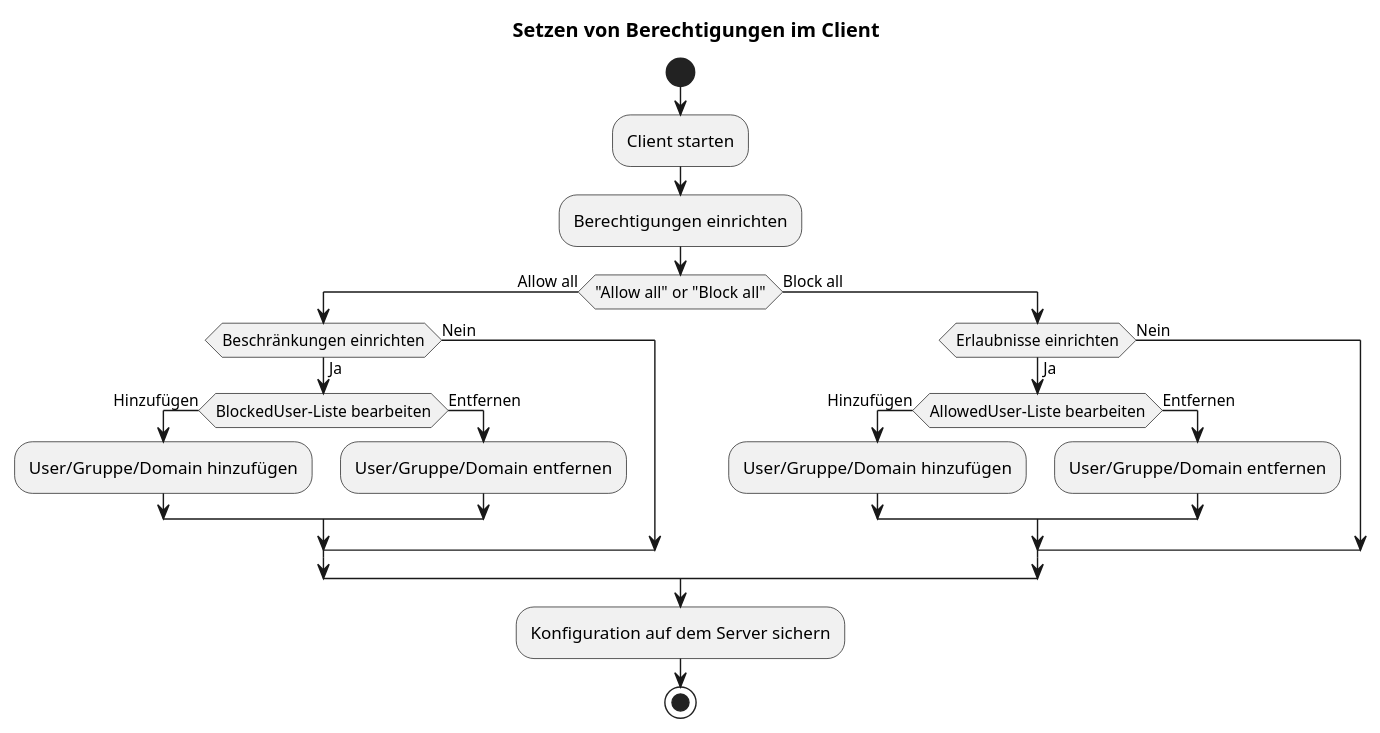
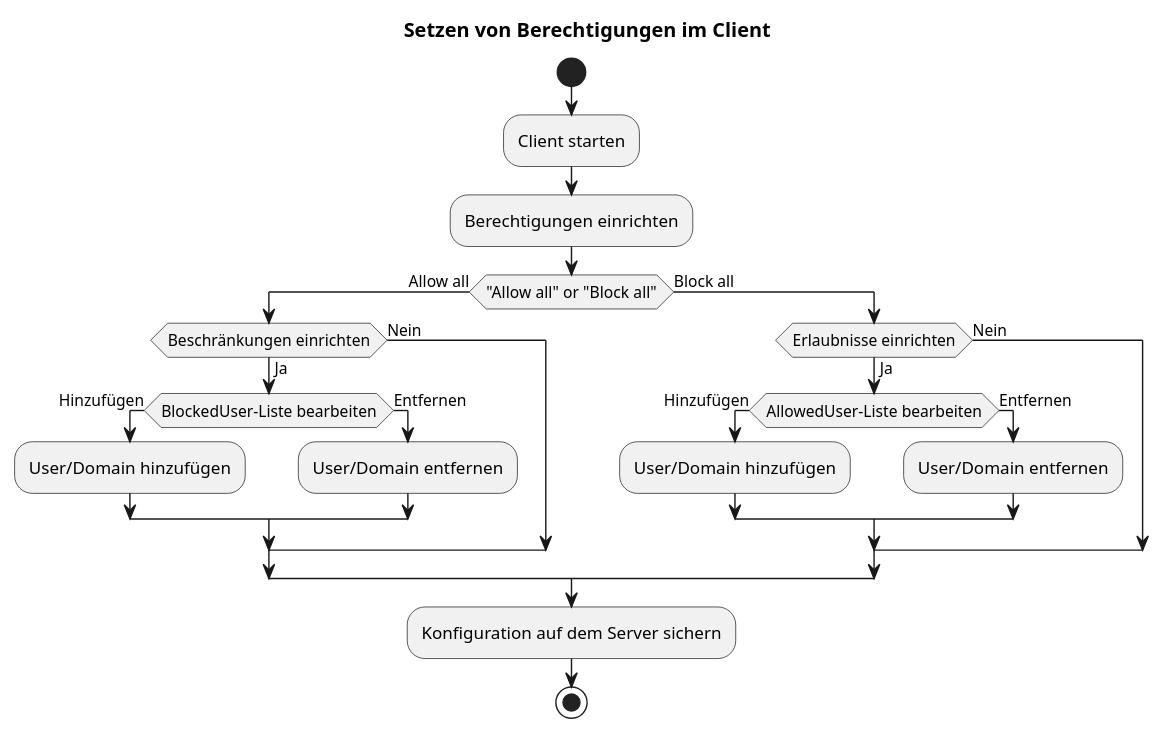
One commit to gematik/api-ti-messenger changed the diagram in src/plantuml/TI-Messenger-Client/Berechtigungen_setzen.puml. Above: the diagram before and after it, drawn with PlantUML.

Commit message:
Update diagram for TIM-1307

```diff
--- a/src/plantuml/TI-Messenger-Client/Berechtigungen_setzen.puml
+++ b/src/plantuml/TI-Messenger-Client/Berechtigungen_setzen.puml
@@ -1,30 +1,30 @@
 @startuml
 title Setzen von Berechtigungen im Client
 skinparam ConditionEndStyle hline
 start
 :Client starten;
 :Berechtigungen einrichten;
 
 if ("Allow all" or "Block all") then (Allow all)
   if(Beschränkungen einrichten) then (Ja)
     if(BlockedUser-Liste bearbeiten) then (Hinzufügen)
-    :User/Gruppe/Domain hinzufügen;
+    :User/Domain hinzufügen;
     else (Entfernen)
-    :User/Gruppe/Domain entfernen;
+    :User/Domain entfernen;
     endif
   else(Nein)
   endif
 else (Block all)
   if(Erlaubnisse einrichten) then (Ja)
     if(AllowedUser-Liste bearbeiten) then (Hinzufügen)
-    :User/Gruppe/Domain hinzufügen;
+    :User/Domain hinzufügen;
     else (Entfernen)
-    :User/Gruppe/Domain entfernen;
+    :User/Domain entfernen;
     endif
   else(Nein)
   endif
 endif
 :Konfiguration auf dem Server sichern;
 stop
 
 @enduml
```
